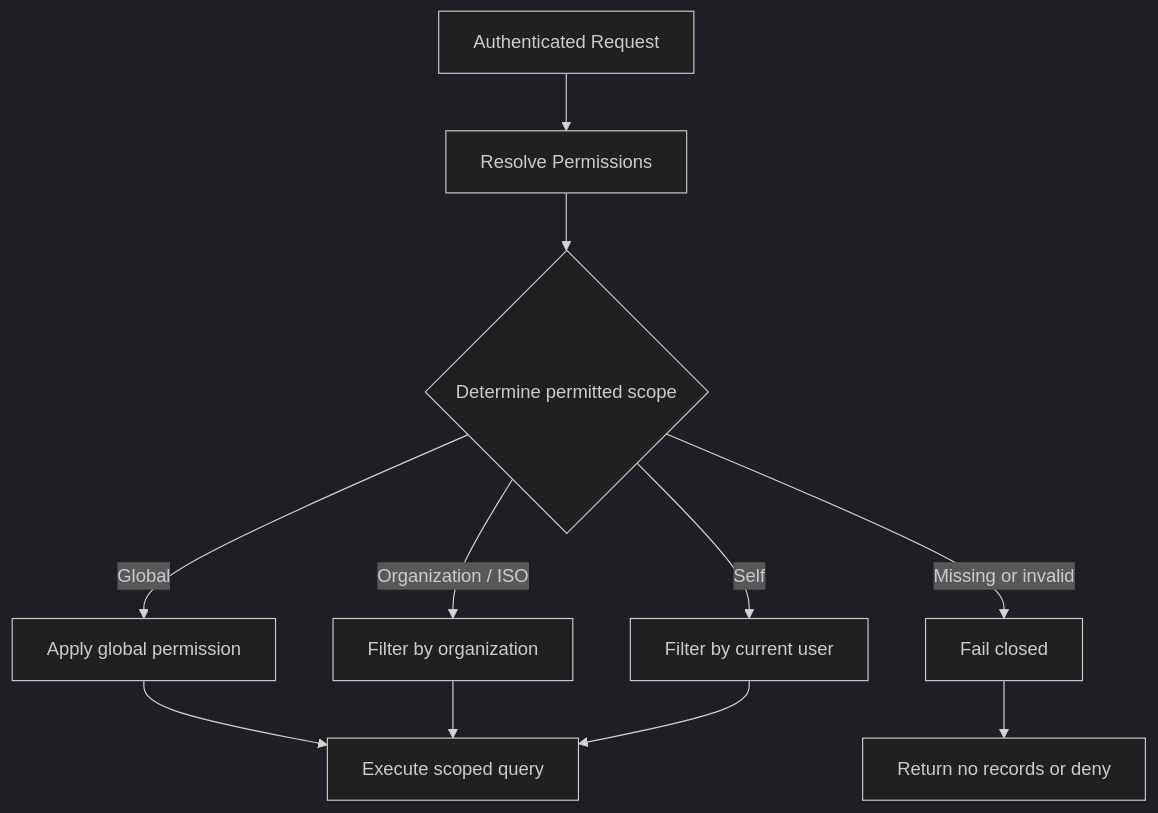
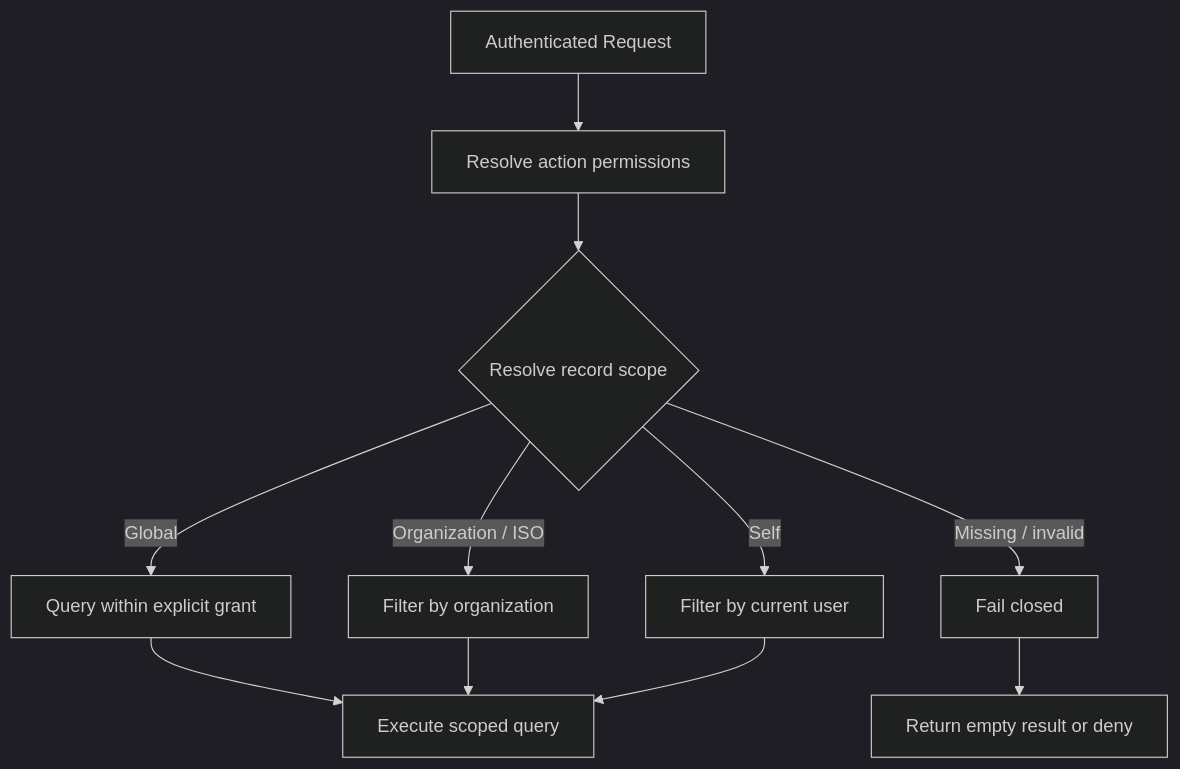
The diagram in docs/authorization.md (Nawaz393/enterprise-retail-saas-architecture), drawn with Mermaid (dark theme) before and after one commit. The commit also changed other lines of this file and 21 other files, not shown here.

First line of the commit message:
Refactor documentation and diagrams for clarity and accuracy

````diff
--- a/docs/authorization.md
+++ b/docs/authorization.md
@@ -16,13 +10,13 @@
 ```mermaid
 flowchart TD
-    REQUEST[Authenticated Request] --> PERMS[Resolve Permissions]
-    PERMS --> SCOPE{Determine permitted scope}
-    SCOPE -->|Global| GLOBAL[Apply global permission]
+    REQUEST[Authenticated Request] --> PERM[Resolve action permissions]
+    PERM --> SCOPE{Resolve record scope}
+    SCOPE -->|Global| ALL[Query within explicit grant]
     SCOPE -->|Organization / ISO| ORG[Filter by organization]
     SCOPE -->|Self| SELF[Filter by current user]
-    SCOPE -->|Missing or invalid| FAIL[Fail closed]
-    GLOBAL --> QUERY[Execute scoped query]
-    ORG --> QUERY
-    SELF --> QUERY
-    FAIL --> EMPTY[Return no records or deny]
+    SCOPE -->|Missing / invalid| FAIL[Fail closed]
+    ALL --> RESULT[Execute scoped query]
+    ORG --> RESULT
+    SELF --> RESULT
+    FAIL --> EMPTY[Return empty result or deny]
 ```
````
